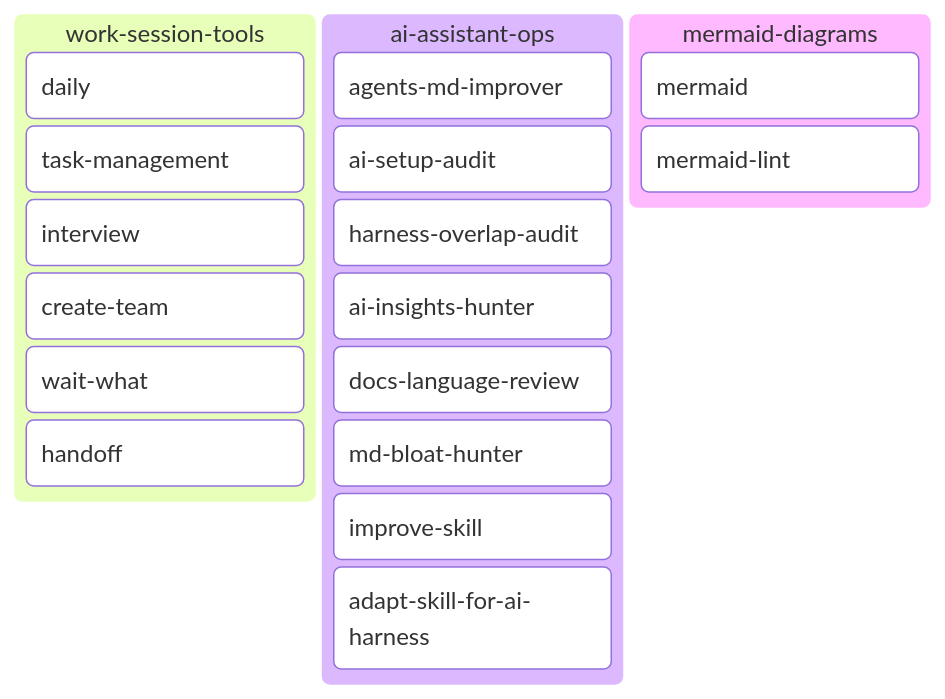
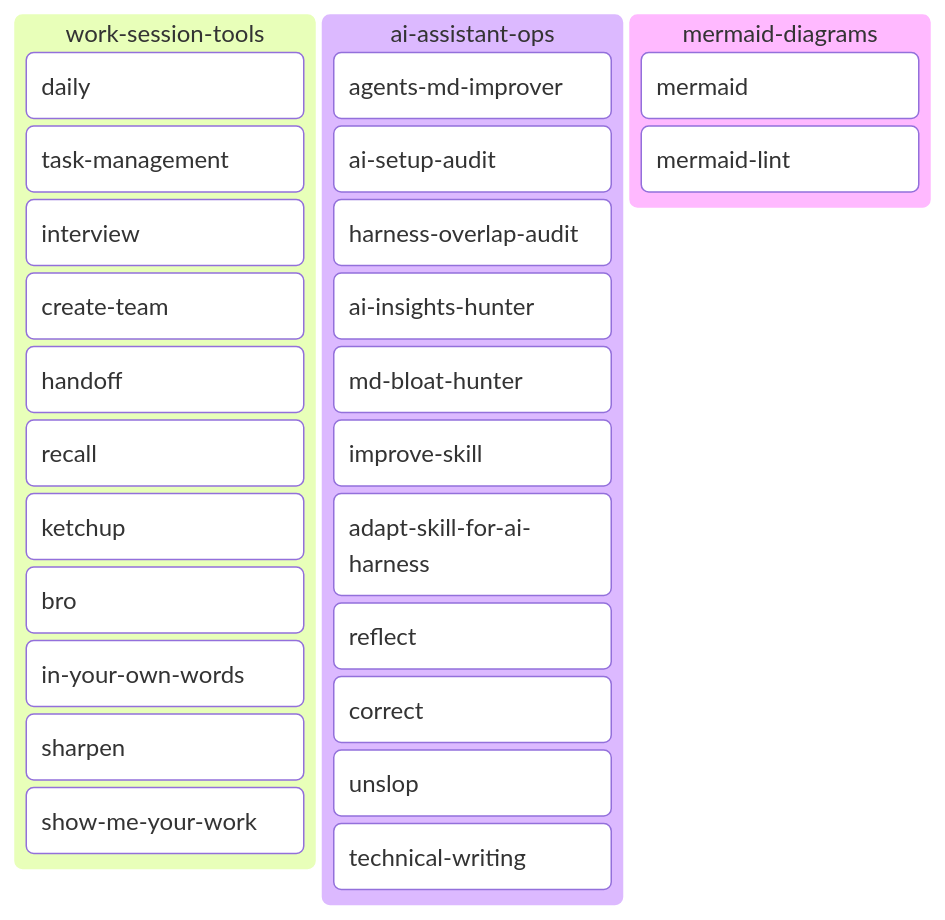
One commit to Alex-Kopylov/zweihander changed the second of 4 diagrams in README.md. Above: the diagram before and after it, drawn with Mermaid. The commit also changed other lines of this file and 349 other files, not shown here.

````diff
--- a/README.md
+++ b/README.md
@@ -74,22 +74,30 @@
 ```mermaid
 kanban
   work_session_tools[work-session-tools]
     wst_daily[daily]
     wst_task_management[task-management]
     wst_interview[interview]
     wst_create_team[create-team]
-    wst_wait_what[wait-what]
     wst_handoff[handoff]
+    wst_recall[recall]
+    wst_ketchup[ketchup]
+    wst_bro[bro]
+    wst_in_your_own_words[in-your-own-words]
+    wst_sharpen[sharpen]
+    wst_show_me_your_work[show-me-your-work]
   ai_assistant_ops[ai-assistant-ops]
     aao_agents_md_improver[agents-md-improver]
     aao_ai_setup_audit[ai-setup-audit]
     aao_harness_overlap_audit[harness-overlap-audit]
     aao_ai_insights_hunter[ai-insights-hunter]
-    aao_docs_language_review[docs-language-review]
     aao_md_bloat_hunter[md-bloat-hunter]
     aao_improve_skill[improve-skill]
     aao_adapt_skill_for_ai_harness[adapt-skill-for-ai-harness]
+    aao_reflect[reflect]
+    aao_correct[correct]
+    aao_unslop[unslop]
+    aao_technical_writing[technical-writing]
   mermaid_diagrams[mermaid-diagrams]
     md_mermaid[mermaid]
     md_mermaid_lint[mermaid-lint]
 ```
````
